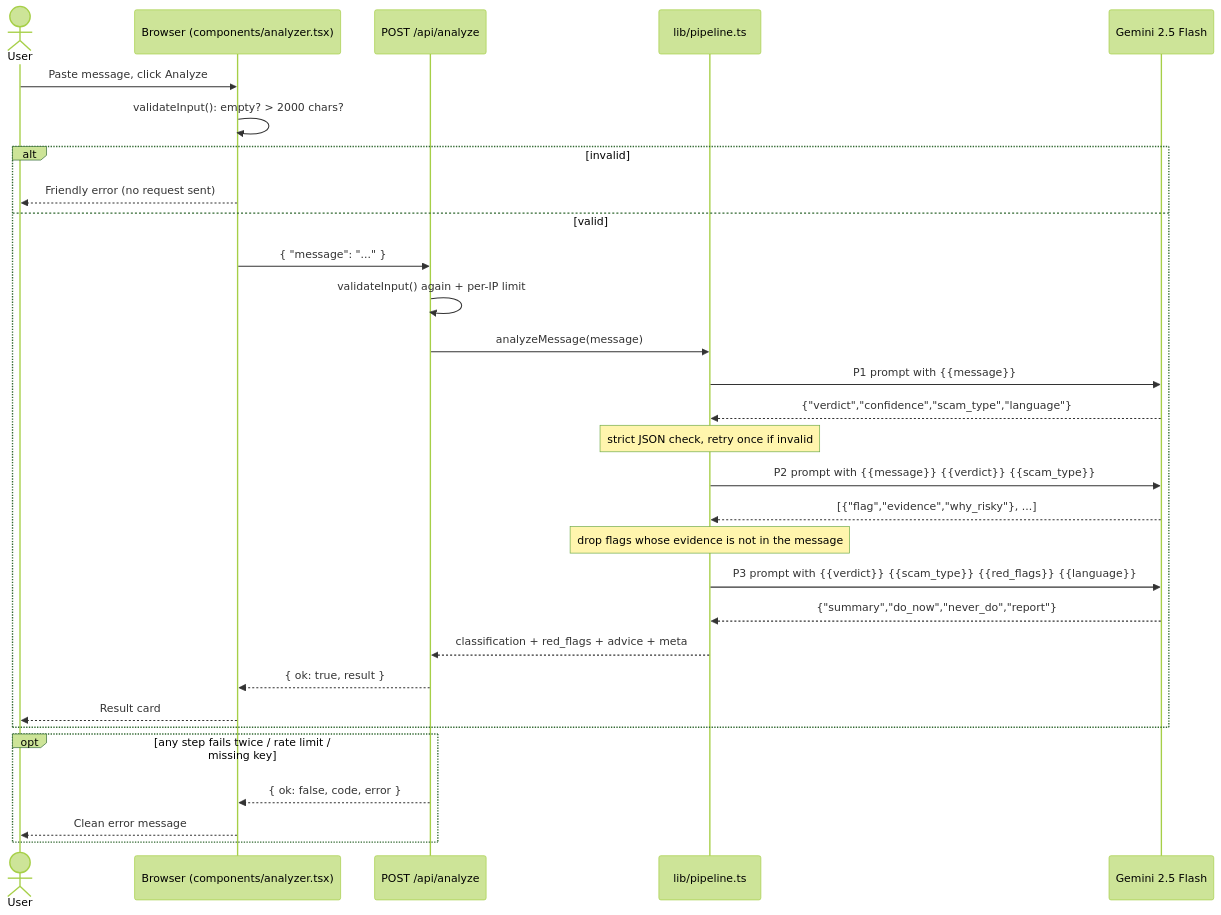
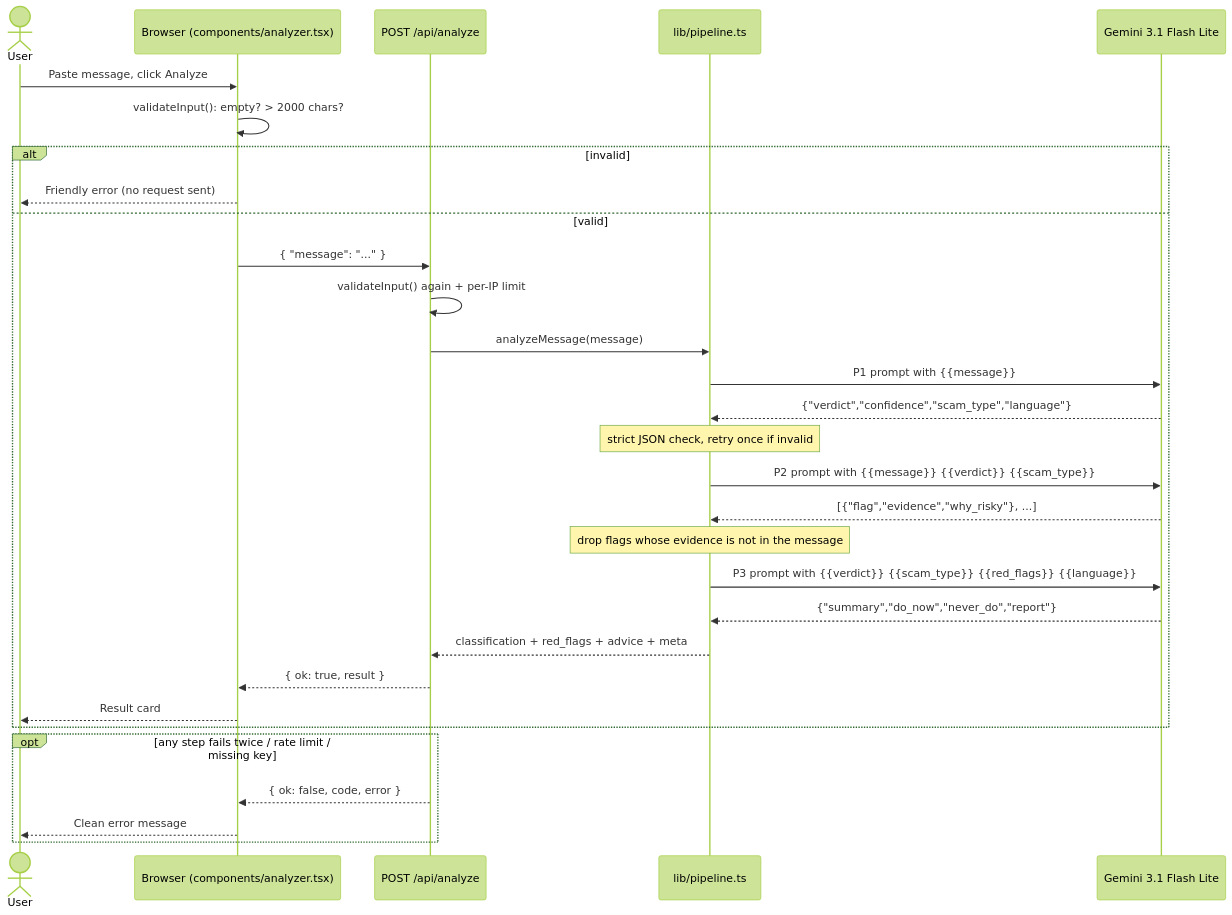
Before and after one commit to Raghav-prog-max/scamshield-upi: the diagram in docs/input-output-flow.md, drawn with Mermaid (forest theme). The commit also changed other lines of this file and 12 other files, not shown here.

First line of the commit message:
Switch to gemini-3.1-flash-lite, stop tests on network errors, add v1-v3 results

````diff
--- a/docs/input-output-flow.md
+++ b/docs/input-output-flow.md
@@ -5,33 +5,33 @@
 ```mermaid
 sequenceDiagram
     actor U as User
     participant B as Browser (components/analyzer.tsx)
     participant API as POST /api/analyze
     participant PL as lib/pipeline.ts
-    participant G as Gemini 2.5 Flash
+    participant G as Gemini 3.1 Flash Lite
 
     U->>B: Paste message, click Analyze
     B->>B: validateInput(): empty? > 2000 chars?
     alt invalid
         B-->>U: Friendly error (no request sent)
     else valid
         B->>API: { "message": "..." }
         API->>API: validateInput() again + per-IP limit
         API->>PL: analyzeMessage(message)
         PL->>G: P1 prompt with {{message}}
         G-->>PL: {"verdict","confidence","scam_type","language"}
         Note over PL: strict JSON check, retry once if invalid
         PL->>G: P2 prompt with {{message}} {{verdict}} {{scam_type}}
         G-->>PL: [{"flag","evidence","why_risky"}, ...]
         Note over PL: drop flags whose evidence is not in the message
         PL->>G: P3 prompt with {{verdict}} {{scam_type}} {{red_flags}} {{language}}
         G-->>PL: {"summary","do_now","never_do","report"}
         PL-->>API: classification + red_flags + advice + meta
         API-->>B: { ok: true, result }
         B-->>U: Result card
     end
     opt any step fails twice / rate limit / missing key
         API-->>B: { ok: false, code, error }
         B-->>U: Clean error message
     end
 ```
````
